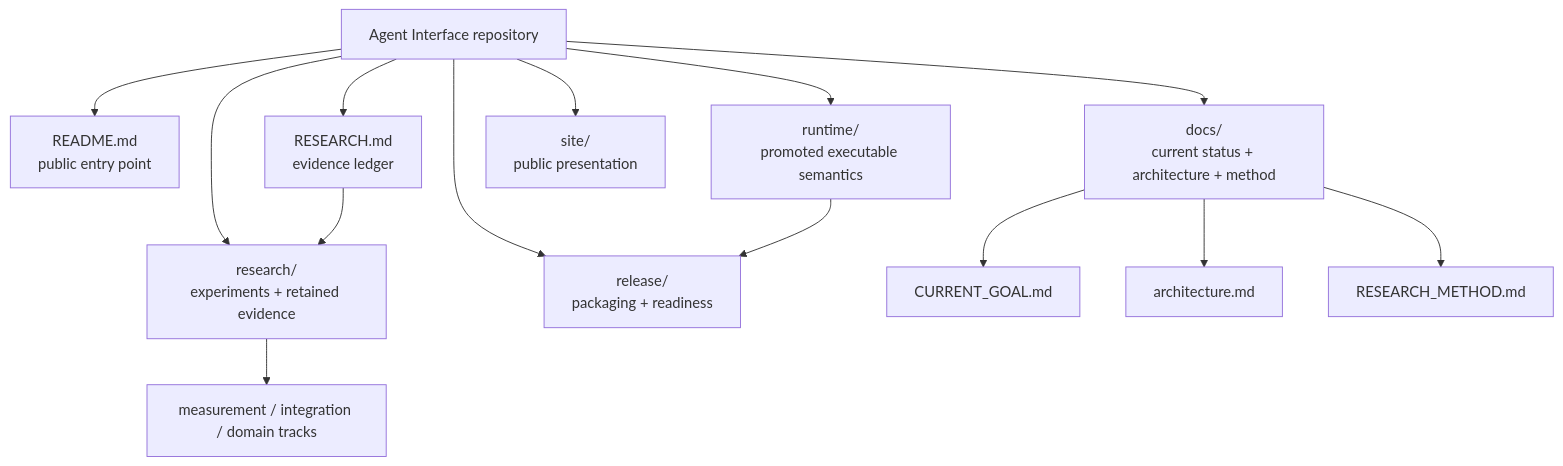
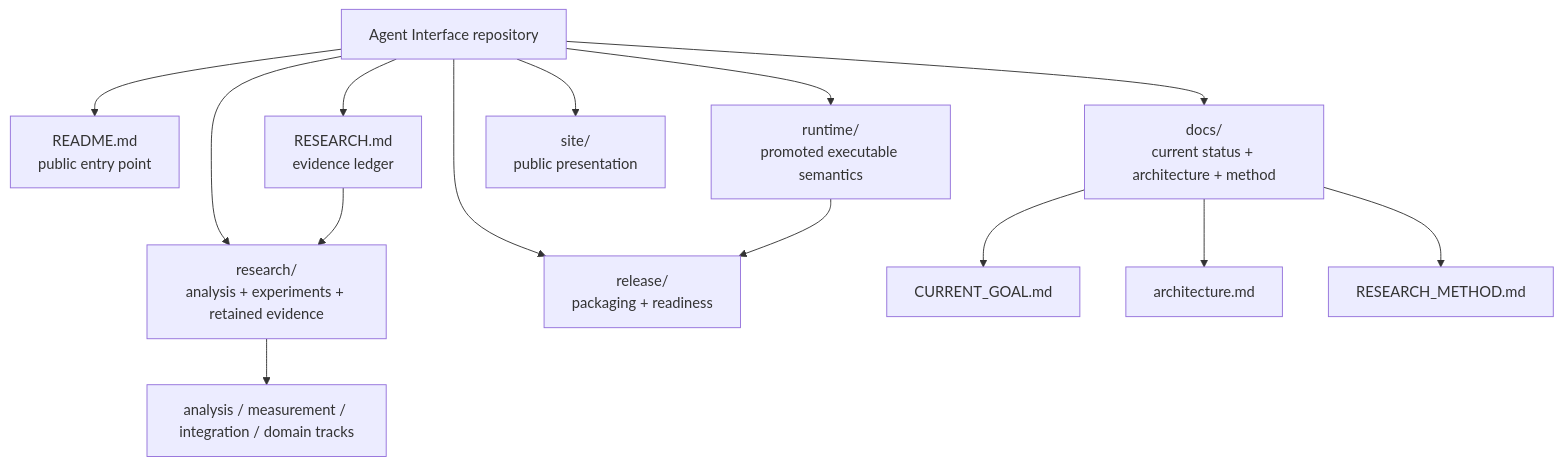
Before and after one commit to Unjuno/agent-interface: the diagram in docs/README.md, drawn with Mermaid.

Commit message:
Normalize docs/README.md research terminology

````diff
--- a/docs/README.md
+++ b/docs/README.md
@@ -24,17 +24,17 @@
 ```mermaid
 flowchart TD
     ROOT[Agent Interface repository]
     ROOT --> ENTRY[README.md<br/>public entry point]
     ROOT --> DOCS[docs/<br/>current status + architecture + method]
     ROOT --> EVID[RESEARCH.md<br/>evidence ledger]
-    ROOT --> RES[research/<br/>experiments + retained evidence]
+    ROOT --> RES[research/<br/>analysis + experiments + retained evidence]
     ROOT --> RUN[runtime/<br/>promoted executable semantics]
     ROOT --> REL[release/<br/>packaging + readiness]
     ROOT --> SITE[site/<br/>public presentation]
     DOCS --> GOAL[CURRENT_GOAL.md]
     DOCS --> ARCH[architecture.md]
     DOCS --> METHOD[RESEARCH_METHOD.md]
-    RES --> MEAS[measurement / integration / domain tracks]
+    RES --> MEAS[analysis / measurement / integration / domain tracks]
     EVID --> RES
     RUN --> REL
 ```
````
